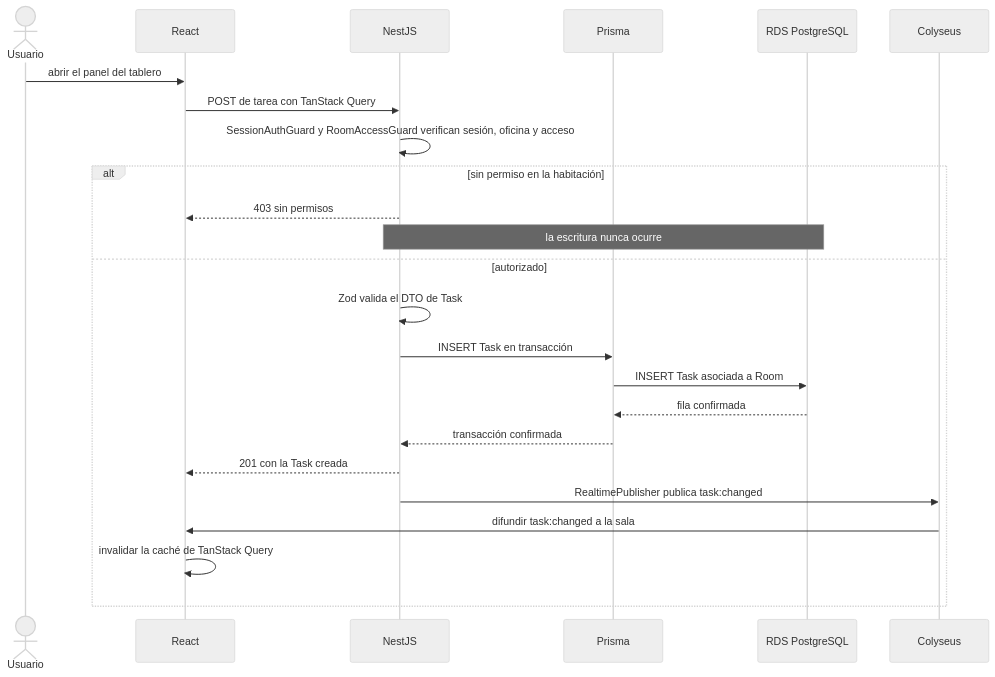
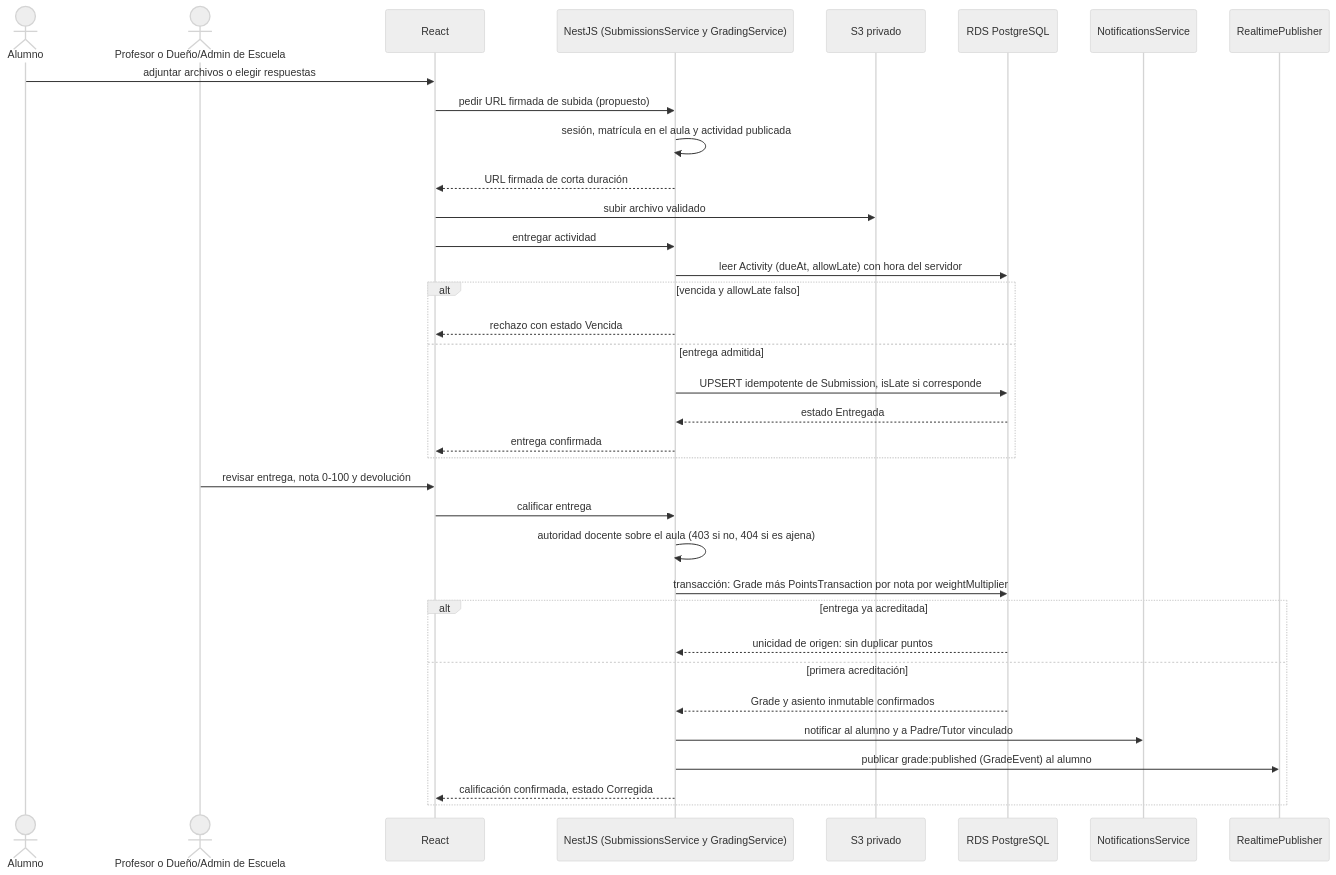
Before and after one commit to Agustin742/integratec-final-back: the fourth of 7 diagrams in docs/diagrams/04-behavioral/core-flows.md, drawn with Mermaid (neutral theme). The commit also changed other lines of this file and 4 other files, not shown here.

Commit message:
docs(diagrams): realign use cases and behavioral flows with the school niche model

````diff
--- a/docs/diagrams/04-behavioral/core-flows.md
+++ b/docs/diagrams/04-behavioral/core-flows.md
@@ -133,27 +136,38 @@
 ```mermaid
 sequenceDiagram
-    actor user as Usuario
+    actor alumno as Alumno
+    actor prof as Profesor o Dueño/Admin de Escuela
     participant web as React
-    participant api as NestJS
-    participant orm as Prisma
+    participant api as NestJS (SubmissionsService y GradingService)
+    participant s3 as S3 privado
     participant db as RDS PostgreSQL
-    participant colyseus as Colyseus
+    participant notif as NotificationsService
+    participant rt as RealtimePublisher
 
-    user->>web: abrir el panel del tablero
-    web->>api: POST de tarea con TanStack Query
-    api->>api: SessionAuthGuard y RoomAccessGuard verifican sesión, oficina y acceso
-    alt sin permiso en la habitación
-        api-->>web: 403 sin permisos
-        Note over api,db: la escritura nunca ocurre
-    else autorizado
-        api->>api: Zod valida el DTO de Task
-        api->>orm: INSERT Task en transacción
-        orm->>db: INSERT Task asociada a Room
-        db-->>orm: fila confirmada
-        orm-->>api: transacción confirmada
-        api-->>web: 201 con la Task creada
-        api->>colyseus: RealtimePublisher publica task:changed
-        colyseus->>web: difundir task:changed a la sala
-        web->>web: invalidar la caché de TanStack Query
+    alumno->>web: adjuntar archivos o elegir respuestas
+    web->>api: pedir URL firmada de subida (propuesto)
+    api->>api: sesión, matrícula en el aula y actividad publicada
+    api-->>web: URL firmada de corta duración
+    web->>s3: subir archivo validado
+    web->>api: entregar actividad
+    api->>db: leer Activity (dueAt, allowLate) con hora del servidor
+    alt vencida y allowLate falso
+        api-->>web: rechazo con estado Vencida
+    else entrega admitida
+        api->>db: UPSERT idempotente de Submission, isLate si corresponde
+        db-->>api: estado Entregada
+        api-->>web: entrega confirmada
+    end
+    prof->>web: revisar entrega, nota 0-100 y devolución
+    web->>api: calificar entrega
+    api->>api: autoridad docente sobre el aula (403 si no, 404 si es ajena)
+    api->>db: transacción: Grade más PointsTransaction por nota por weightMultiplier
+    alt entrega ya acreditada
+        db-->>api: unicidad de origen: sin duplicar puntos
+    else primera acreditación
+        db-->>api: Grade y asiento inmutable confirmados
+        api->>notif: notificar al alumno y a Padre/Tutor vinculado
+        api->>rt: publicar grade:published (GradeEvent) al alumno
+        api-->>web: calificación confirmada, estado Corregida
     end
 ```
````
